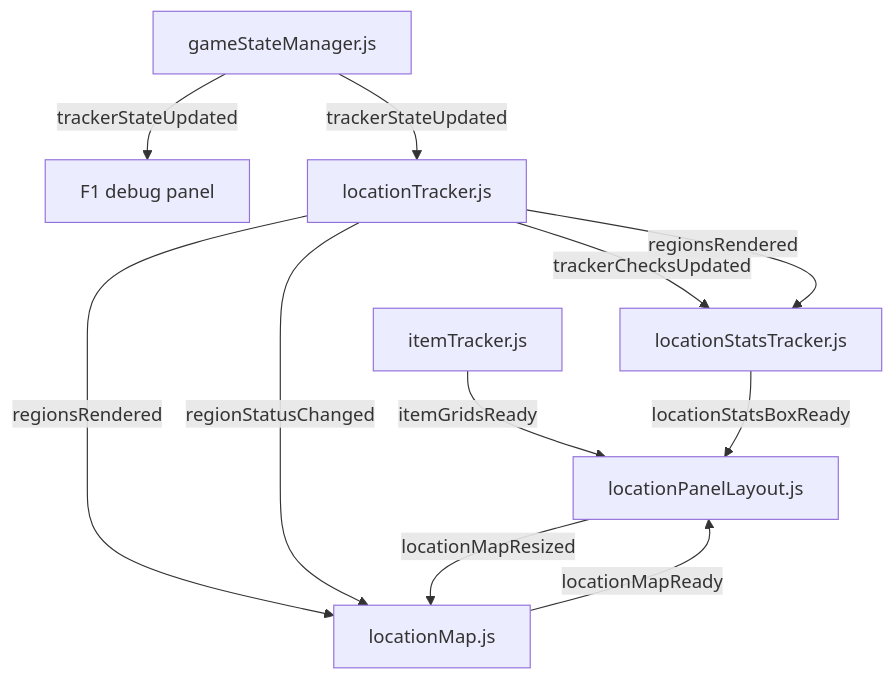
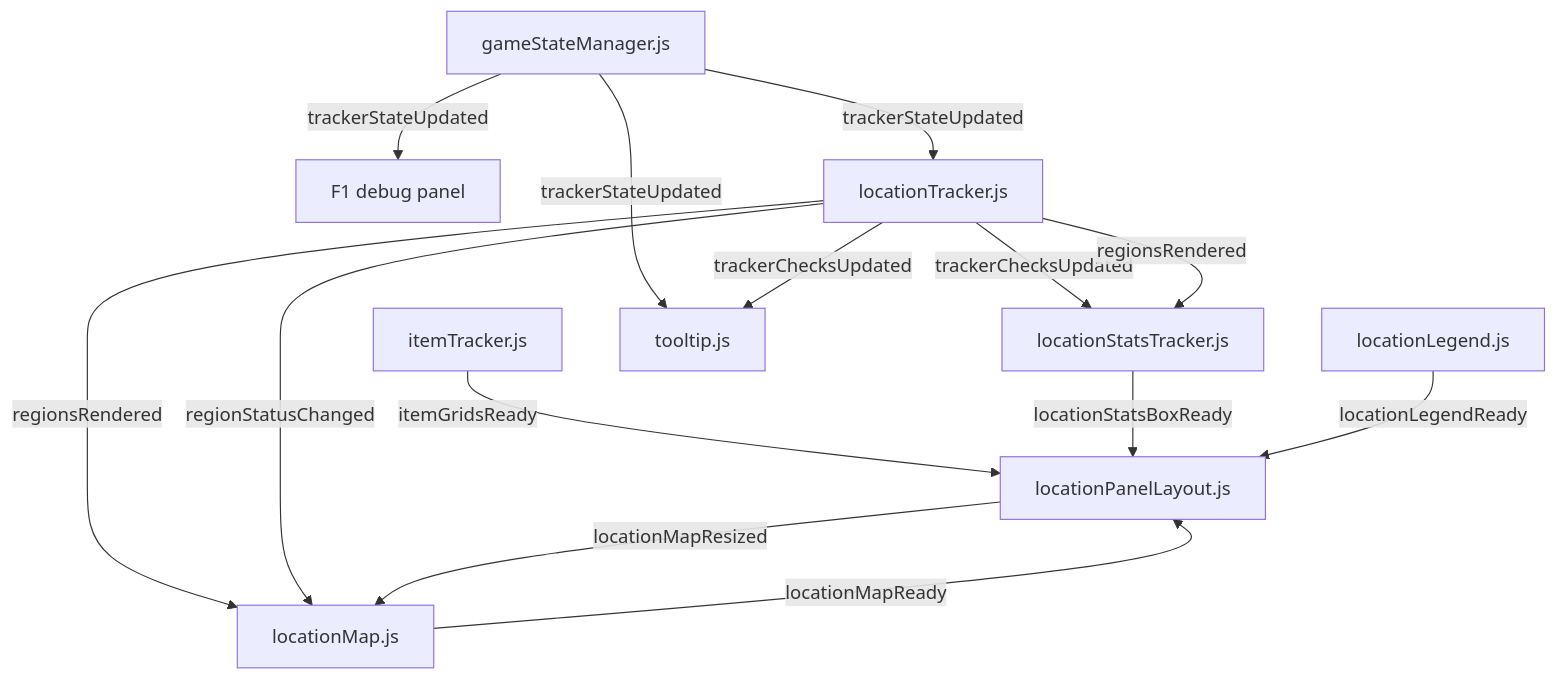
Before and after one commit to GonzaloJMora/mm3drTracker: the second of 5 diagrams in documentation/architecture-diagram.md, drawn with Mermaid. The commit also changed other lines of this file and 75 other files, not shown here.

````diff
--- a/documentation/architecture-diagram.md
+++ b/documentation/architecture-diagram.md
@@ -88,23 +96,28 @@
 ```mermaid
 flowchart TB
     GSM["gameStateManager.js"]
     DBG["F1 debug panel"]
     IT["itemTracker.js"]
     LT["locationTracker.js"]
     LST["locationStatsTracker.js"]
+    LEG["locationLegend.js"]
     LM["locationMap.js"]
     LPL["locationPanelLayout.js"]
+    TT["tooltip.js"]
 
     GSM -- "trackerStateUpdated" --> DBG
     GSM -- "trackerStateUpdated" --> LT
+    GSM -- "trackerStateUpdated" --> TT
 
     LT -- "trackerChecksUpdated" --> LST
+    LT -- "trackerChecksUpdated" --> TT
     LT -- "regionsRendered" --> LST
     LT -- "regionsRendered" --> LM
     LT -- "regionStatusChanged" --> LM
 
     IT -- "itemGridsReady" --> LPL
     LST -- "locationStatsBoxReady" --> LPL
+    LEG -- "locationLegendReady" --> LPL
     LM -- "locationMapReady" --> LPL
     LPL -- "locationMapResized" --> LM
 ```
````
